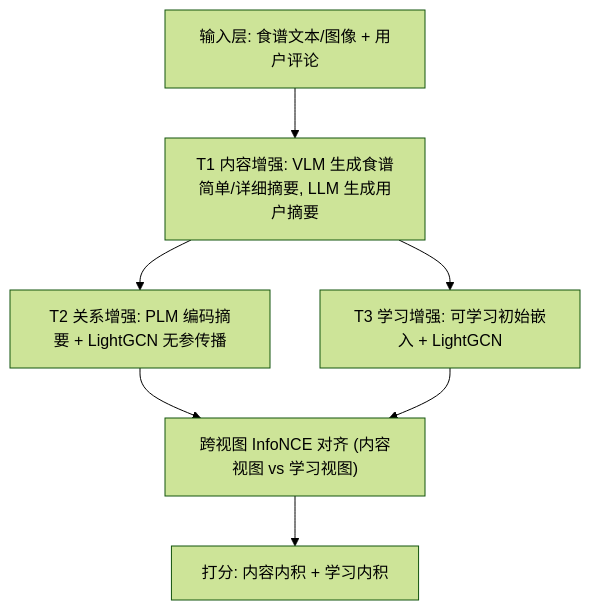
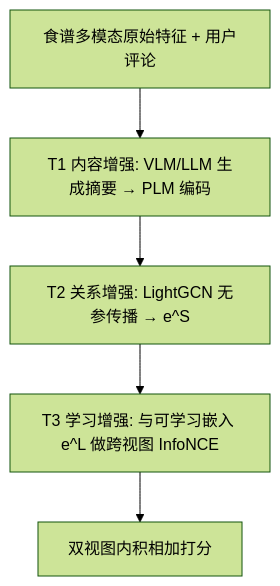
Before and after one commit to jbdcia321vw/Paper-Notes: the diagram in docs/venues/SIGIR/2026/multimodal_rec/from_raw_features_to_effective_embeddings_a_three_stage_approach_for_multim.md, drawn with Mermaid (forest theme). The commit also changed other lines of this file and 1119 other files, not shown here.

````diff
--- a/docs/venues/SIGIR/2026/multimodal_rec/from_raw_features_to_effective_embeddings_a_three_stage_approach_for_multim.md
+++ b/docs/venues/SIGIR/2026/multimodal_rec/from_raw_features_to_effective_embeddings_a_three_stage_approach_for_multim.md
@@ -66,9 +46,7 @@
 ```mermaid
 flowchart TD
-    A["输入层: 食谱文本/图像 + 用户评论"] --> B["T1 内容增强: VLM 生成食谱简单/详细摘要, LLM 生成用户摘要"]
-    B --> C["T2 关系增强: PLM 编码摘要 + LightGCN 无参传播"]
-    B --> D["T3 学习增强: 可学习初始嵌入 + LightGCN"]
-    C --> E["跨视图 InfoNCE 对齐 (内容视图 vs 学习视图)"]
-    D --> E
-    E --> F["打分: 内容内积 + 学习内积"]
+    A["食谱多模态原始特征 + 用户评论"] --> B["T1 内容增强: VLM/LLM 生成摘要 → PLM 编码"]
+    B --> C["T2 关系增强: LightGCN 无参传播 → e^S"]
+    C --> D["T3 学习增强: 与可学习嵌入 e^L 做跨视图 InfoNCE"]
+    D --> E["双视图内积相加打分"]
 ```
````
